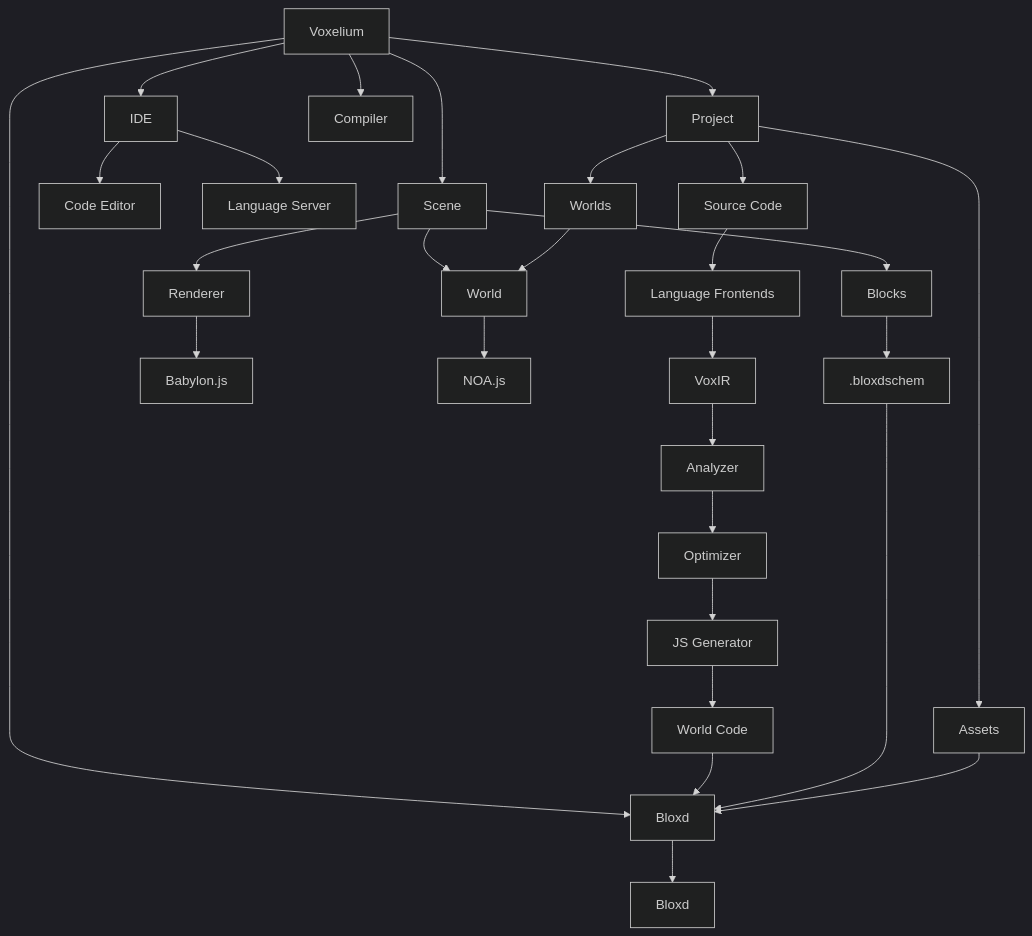
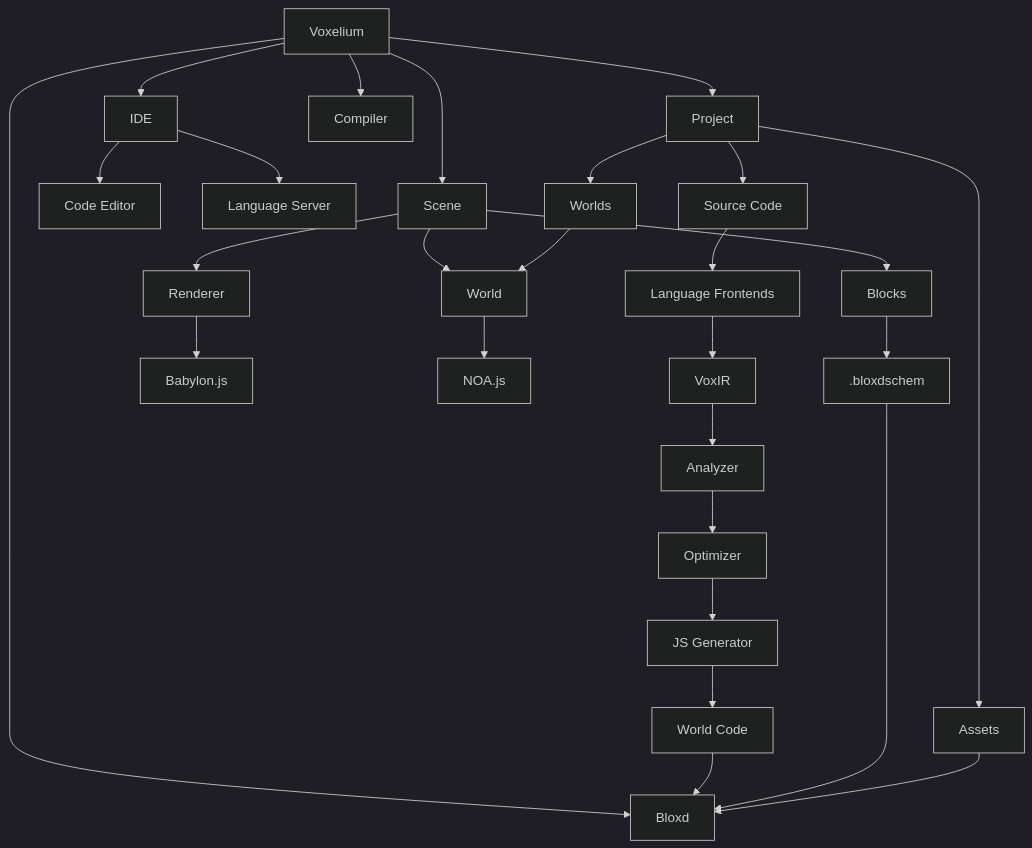
The first of 2 diagrams in README.md (Kryft-Studios/voxelium), drawn with Mermaid (dark theme) before and after one commit.

````diff
--- a/README.md
+++ b/README.md
@@ -5,41 +5,39 @@
 ```mermaid
 flowchart TD
     Voxelium
 
     Voxelium --> IDE
     Voxelium --> Project
     Voxelium --> Compiler
     Voxelium --> Scene
     Voxelium --> Bloxd
 
     IDE --> Editor["Code Editor"]
     IDE --> LSP["Language Server"]
 
     Project --> Source["Source Code"]
     Project --> Worlds["Worlds"]
     Project --> Assets["Assets"]
 
     Source --> Frontends["Language Frontends"]
     Frontends --> VoxIR["VoxIR"]
 
     VoxIR --> Analyzer
     Analyzer --> Optimizer
     Optimizer --> JSGen["JS Generator"]
     JSGen --> WorldCode["World Code"]
 
     Scene --> Renderer
     Scene --> World
     Scene --> Blocks
 
     Renderer --> Babylon["Babylon.js"]
     World --> NOA["NOA.js"]
 
     Blocks --> Schem[".bloxdschem"]
     Worlds --> World
 
     WorldCode --> Bloxd
     Schem --> Bloxd
     Assets --> Bloxd
-
-    Bloxd --> BloxdAPI["Bloxd"]
 ```
````
